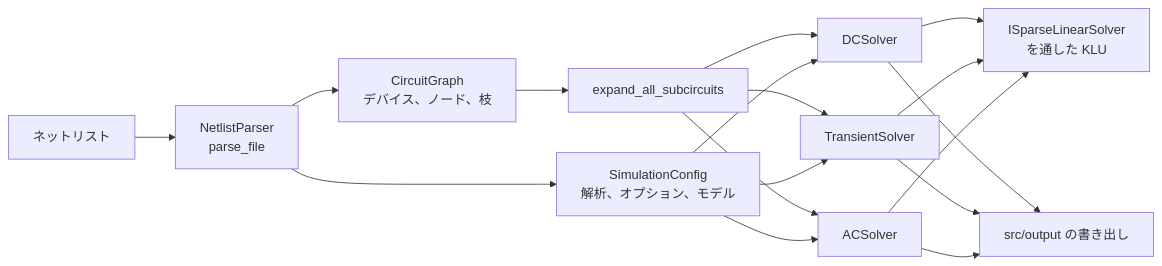
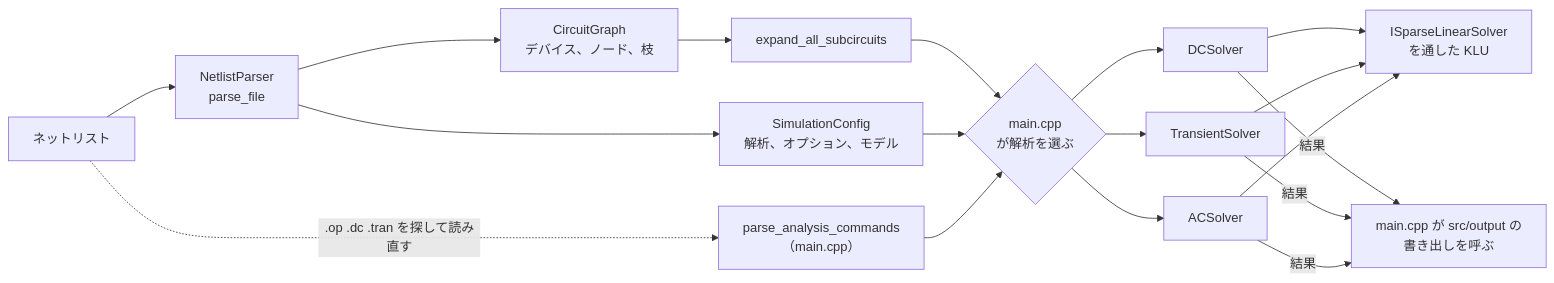
The first of 3 diagrams in docs/ARCHITECTURE.ja.md (kurochan001/kirimaspice), drawn with Mermaid before and after one commit. The commit also changed other lines of this file and 3 other files, not shown here.

First line of the commit message:
Correct the architecture and development guides

````diff
--- a/docs/ARCHITECTURE.ja.md
+++ b/docs/ARCHITECTURE.ja.md
@@ -32,13 +32,14 @@
 ```mermaid
 flowchart LR
     N[ネットリスト] --> P[NetlistParser<br/>parse_file]
+    N -. ".op .dc .tran を探して読み直す" .-> A["parse_analysis_commands<br/>（main.cpp）"]
     P --> C[CircuitGraph<br/>デバイス、ノード、枝]
     P --> S[SimulationConfig<br/>解析、オプション、モデル]
     C --> X[expand_all_subcircuits]
-    X --> DC[DCSolver]
-    X --> TR[TransientSolver]
-    X --> AC[ACSolver]
-    S --> DC & TR & AC
+    X & S & A --> M{"main.cpp<br/>が解析を選ぶ"}
+    M --> DC[DCSolver]
+    M --> TR[TransientSolver]
+    M --> AC[ACSolver]
     DC & TR & AC --> K[ISparseLinearSolver<br/>を通した KLU]
-    DC & TR & AC --> W[src/output の書き出し]
+    DC & TR & AC -->|結果| W["main.cpp が src/output の<br/>書き出しを呼ぶ"]
 ```
````
